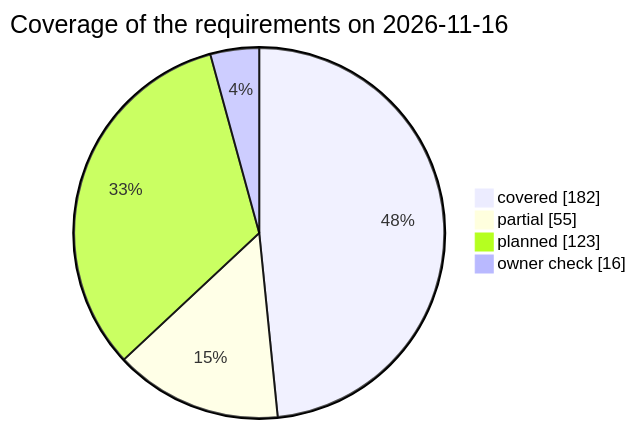
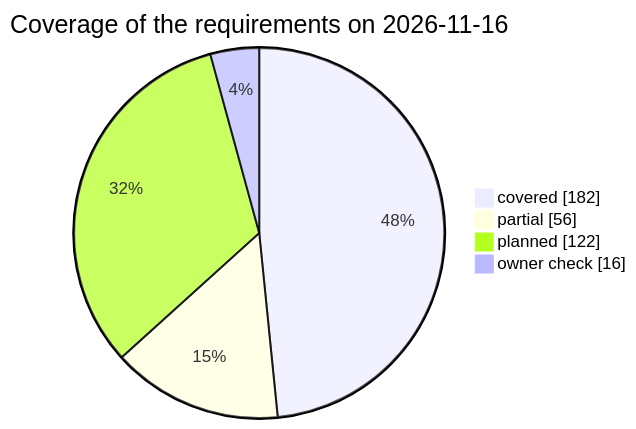
The third of 3 diagrams in docs/test-plan.md (qa-io-vn/fnb-manager), drawn with Mermaid before and after one commit. The commit also changed other lines of this file and 45 other files, not shown here.

````diff
--- a/docs/test-plan.md
+++ b/docs/test-plan.md
@@ -856,8 +856,8 @@
 ```mermaid
 pie showData
     title Coverage of the requirements on 2026-11-16
     "covered" : 182
-    "partial" : 55
-    "planned" : 123
+    "partial" : 56
+    "planned" : 122
     "owner check" : 16
 ```
````
